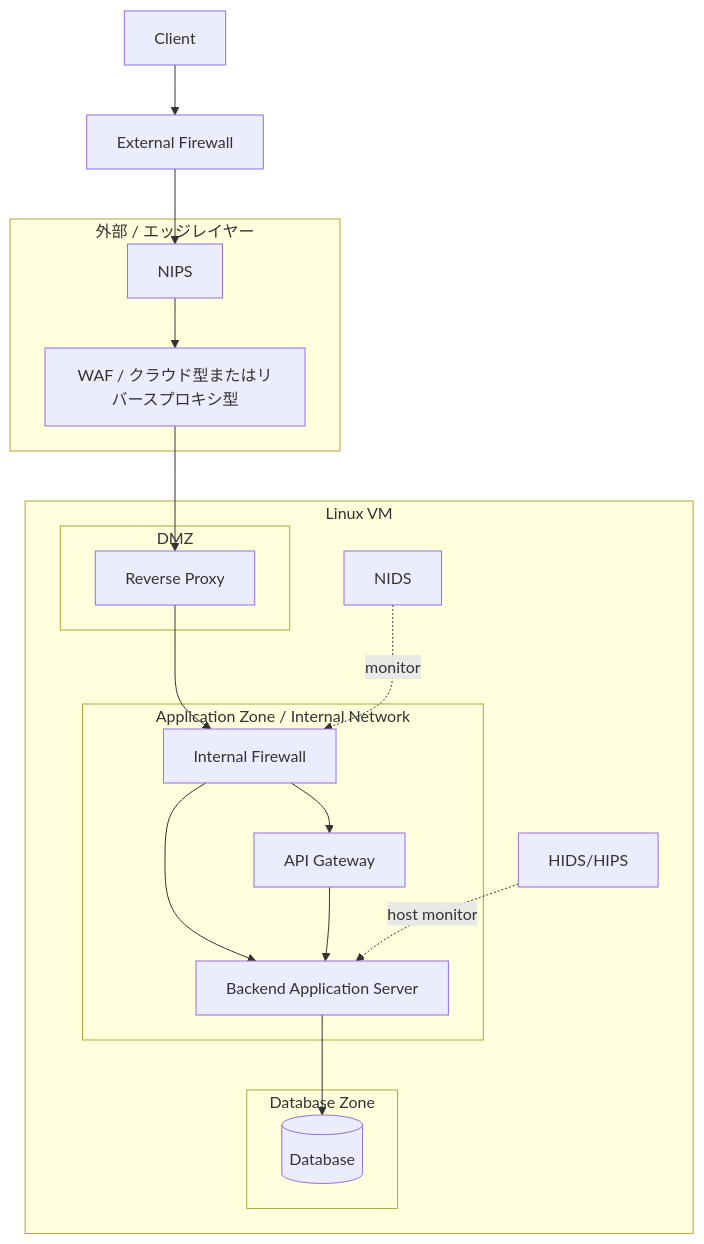
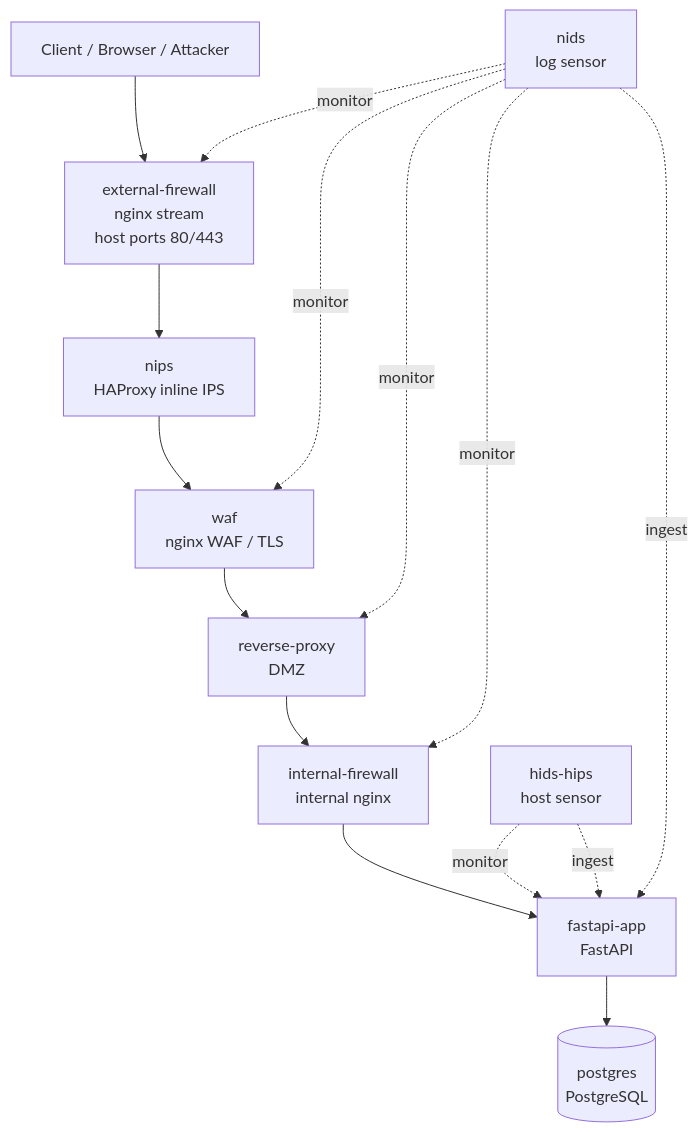
One commit to Buchi-dev-dzn/WebProgramming-ActiveLearner changed the diagram in README.md. Above: the diagram before and after it, drawn with Mermaid. The commit also changed other lines of this file, not shown here.

````diff
--- a/README.md
+++ b/README.md
@@ -35,32 +36,19 @@
 ```mermaid
 graph TD
-Client --> FW1[External Firewall]
-FW1 --> NIPS
+  Client[Client / Browser / Attacker]
+  Client --> FW1[external-firewall<br/>nginx stream<br/>host ports 80/443]
+  FW1 --> NIPS[nips<br/>HAProxy inline IPS]
+  NIPS --> WAF[waf<br/>nginx WAF / TLS]
+  WAF --> RP[reverse-proxy<br/>DMZ]
+  RP --> FW2[internal-firewall<br/>internal nginx]
+  FW2 --> App[fastapi-app<br/>FastAPI]
+  App --> DB[(postgres<br/>PostgreSQL)]
 
-subgraph Cloud_or_Edge[外部 / エッジレイヤー]
-  NIPS --> WAF[WAF / クラウド型またはリバースプロキシ型]
-end
-
-WAF --> RP[Reverse Proxy]
-
-subgraph Linux_VM[Linux VM]
-  subgraph DMZ
-    RP
-  end
-
-  RP --> FW2[Internal Firewall]
-
-  subgraph AppZone[Application Zone / Internal Network]
-    FW2 --> Back[Backend Application Server]
-    FW2 --> API[API Gateway]
-    API --> Back
-  end
-
-  subgraph DataZone[Database Zone]
-    Back --> DB[(Database)]
-  end
-
-  NIDS[NIDS] -.monitor.-> FW2
-  HIDS[HIDS/HIPS] -.host monitor.-> Back
-end
+  NIDS[nids<br/>log sensor] -.monitor.-> FW1
+  NIDS -.monitor.-> WAF
+  NIDS -.monitor.-> RP
+  NIDS -.monitor.-> FW2
+  HIDS[hids-hips<br/>host sensor] -.monitor.-> App
+  NIDS -.ingest.-> App
+  HIDS -.ingest.-> App
 ```
````
